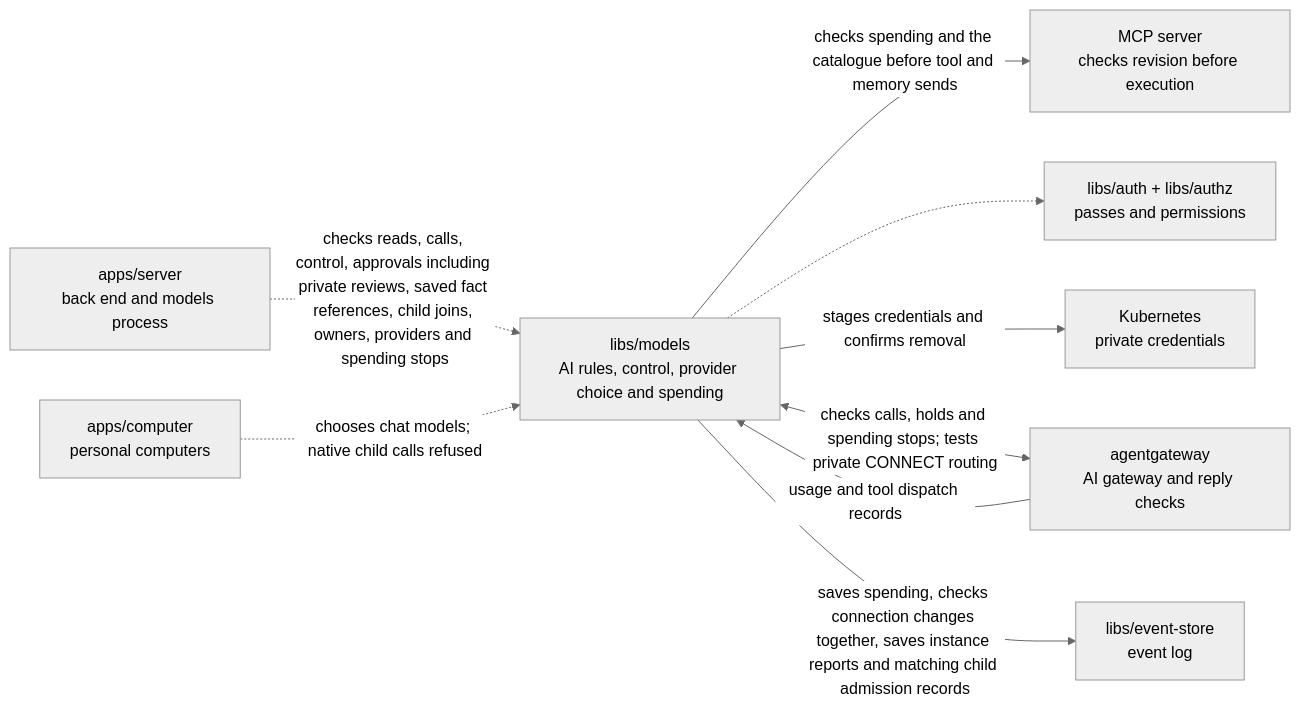
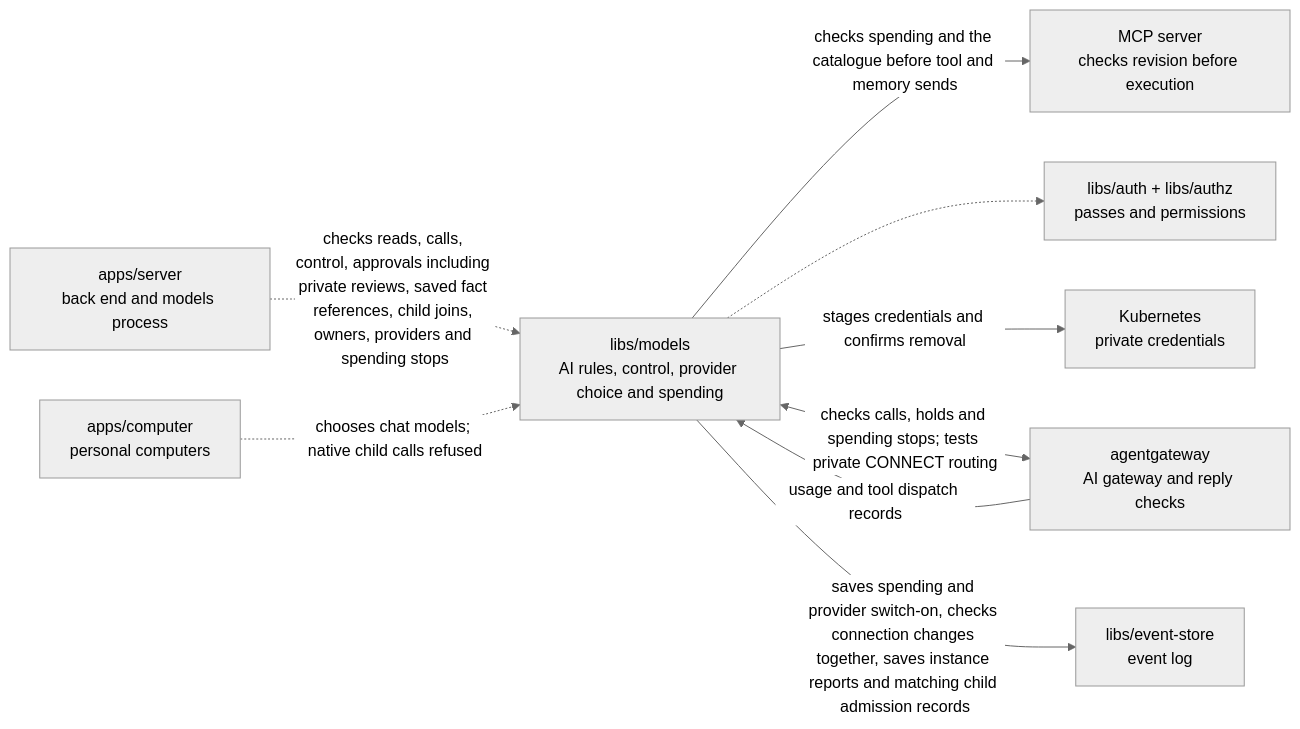
One commit to elewa-git/opencrane-new changed the diagram in libs/models/README.md. Above: the diagram before and after it, drawn with Mermaid (neutral theme). The commit also changed other lines of this file and 11 other files, not shown here.

Commit message:
🔌 Record provider switch-on only after a checked drain

````diff
--- a/libs/models/README.md
+++ b/libs/models/README.md
@@ -14,11 +14,11 @@
 ```mermaid
 flowchart LR
   server["apps/server<br/>back end and models process"] -.->|checks reads, calls, control, approvals including private reviews, saved fact references, child joins, owners, providers and spending stops| models["libs/models<br/>AI rules, control, provider choice and spending"]
   models -->|checks spending and the catalogue before tool and memory sends| mcp["MCP server<br/>checks revision before execution"]
   computer["apps/computer<br/>personal computers"] -.->|chooses chat models; native child calls refused| models
   models -.-> auth["libs/auth + libs/authz<br/>passes and permissions"]
   models -->|stages credentials and confirms removal| custody["Kubernetes<br/>private credentials"]
   models <-->|checks calls, holds and spending stops; tests private CONNECT routing| gateway["agentgateway<br/>AI gateway and reply checks"]
   gateway -->|usage and tool dispatch records| models
-  models -->|saves spending, checks connection changes together, saves instance reports and matching child admission records| store["libs/event-store<br/>event log"]
+  models -->|saves spending and provider switch-on, checks connection changes together, saves instance reports and matching child admission records| store["libs/event-store<br/>event log"]
 ```
````
